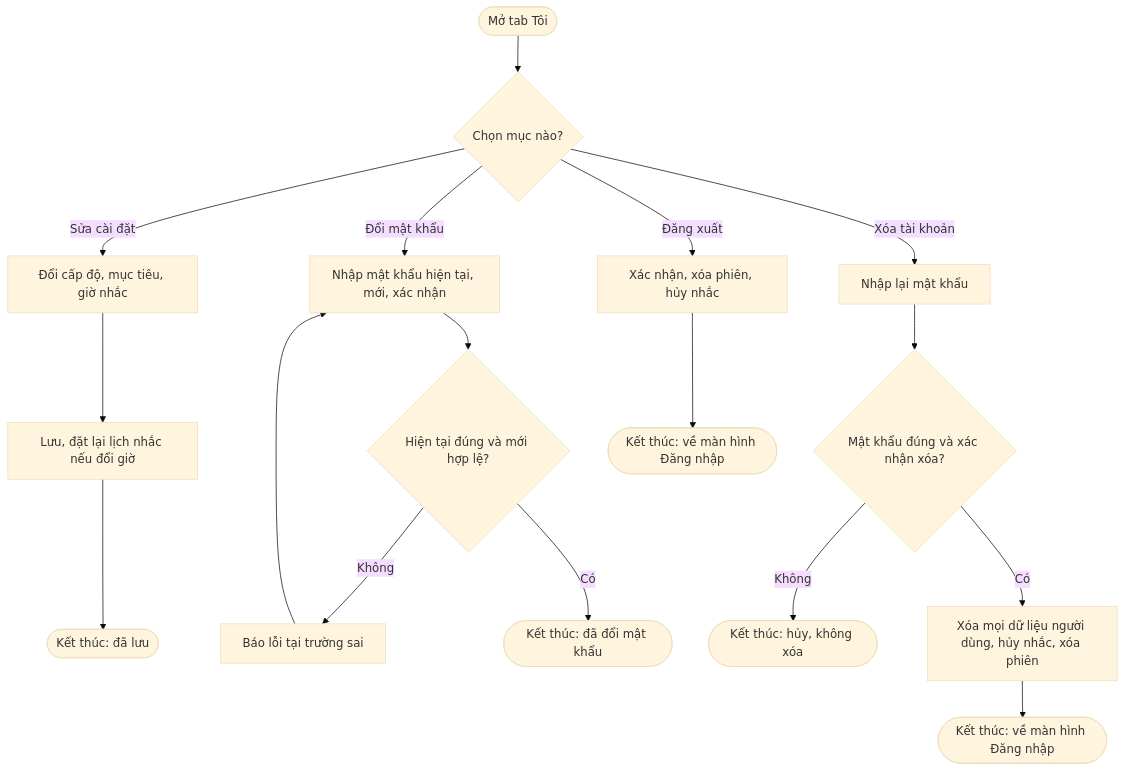
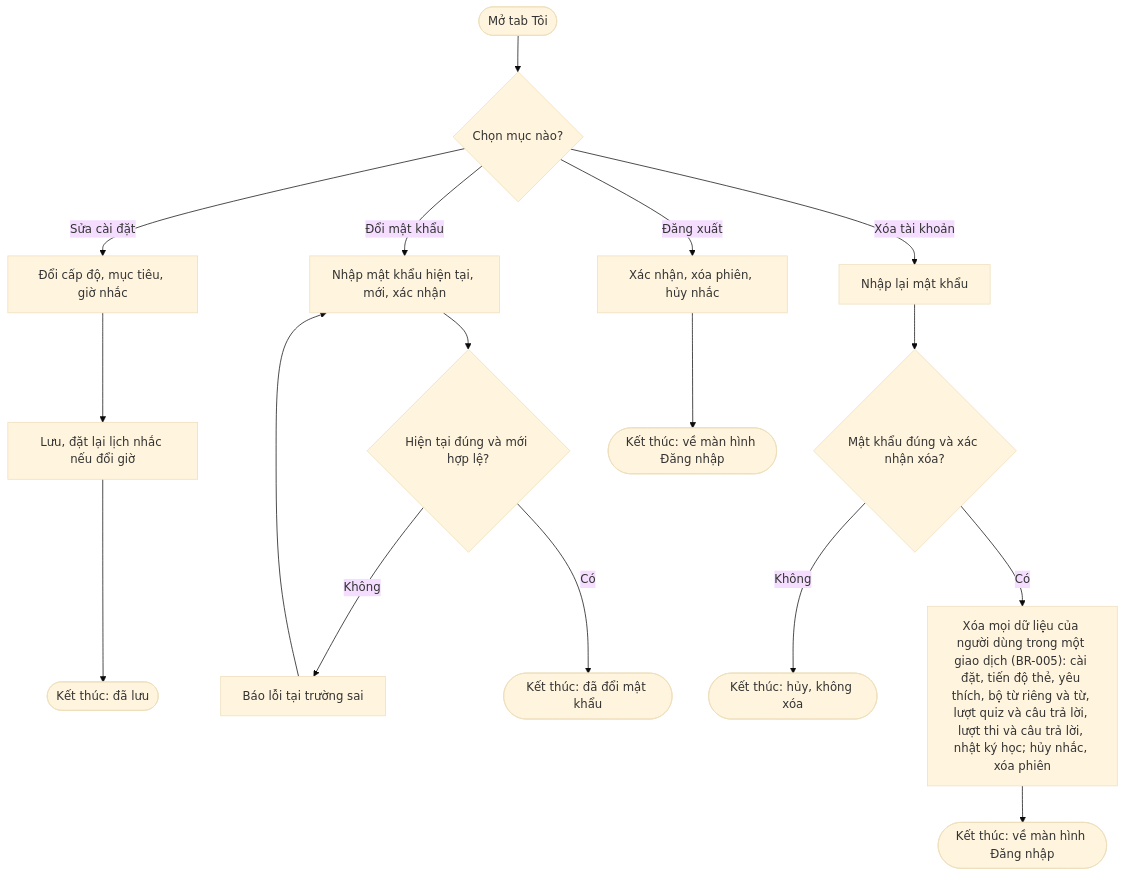
The tenth of 18 diagrams in docs/project/Use-Cases.md (at1308033-sketch/LearningE_app), drawn with Mermaid (base theme) before and after one commit. The commit also changed other lines of this file and 172 other files, not shown here.

First line of the commit message:
Bổ sung sơ đồ ca sử dụng (use case diagram) cho tiến trình học tập và lời nhắc, tệp đầu ra định dạng SVG, cùng tập lệnh tạo tài liệu

````diff
--- a/docs/project/Use-Cases.md
+++ b/docs/project/Use-Cases.md
@@ -487,19 +544,19 @@
 ```mermaid
 flowchart TD
   S([Mở tab Tôi]) --> A{Chọn mục nào?}
   A -- Sửa cài đặt --> B[Đổi cấp độ, mục tiêu, giờ nhắc]
   B --> BS[Lưu, đặt lại lịch nhắc nếu đổi giờ]
   BS --> E1([Kết thúc: đã lưu])
   A -- Đổi mật khẩu --> C[Nhập mật khẩu hiện tại, mới, xác nhận]
   C --> CV{Hiện tại đúng và mới hợp lệ?}
   CV -- Không --> CE[Báo lỗi tại trường sai]
   CE --> C
   CV -- Có --> CS([Kết thúc: đã đổi mật khẩu])
   A -- Xóa tài khoản --> D[Nhập lại mật khẩu]
   D --> DC{Mật khẩu đúng và xác nhận xóa?}
   DC -- Không --> E2([Kết thúc: hủy, không xóa])
-  DC -- Có --> DD[Xóa mọi dữ liệu người dùng, hủy nhắc, xóa phiên]
+  DC -- Có --> DD["Xóa mọi dữ liệu của người dùng trong một giao dịch (BR-005): cài đặt, tiến độ thẻ, yêu thích, bộ từ riêng và từ, lượt quiz và câu trả lời, lượt thi và câu trả lời, nhật ký học; hủy nhắc, xóa phiên"]
   DD --> E3([Kết thúc: về màn hình Đăng nhập])
   A -- Đăng xuất --> LO[Xác nhận, xóa phiên, hủy nhắc]
   LO --> E4([Kết thúc: về màn hình Đăng nhập])
 ```
````
